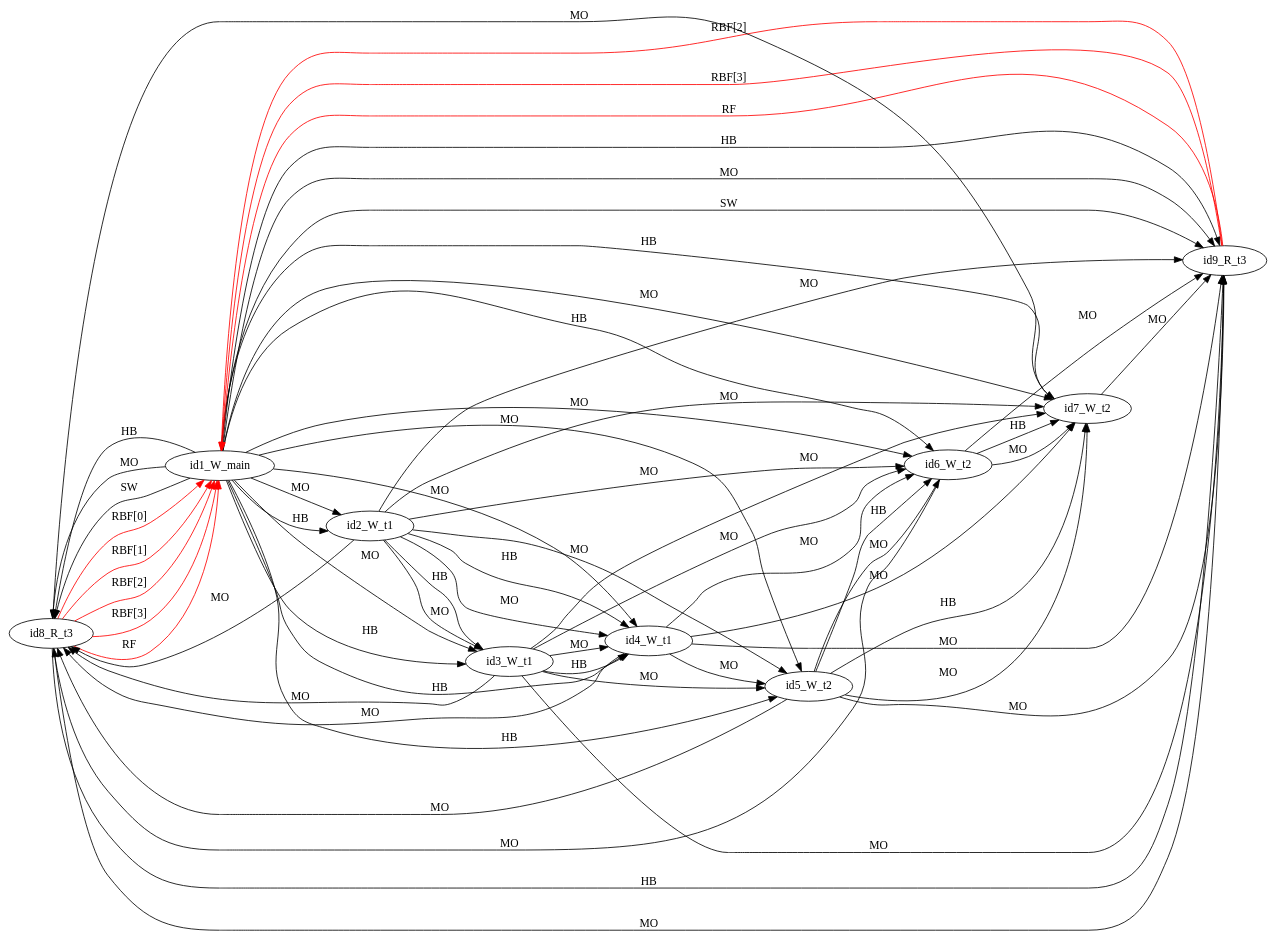
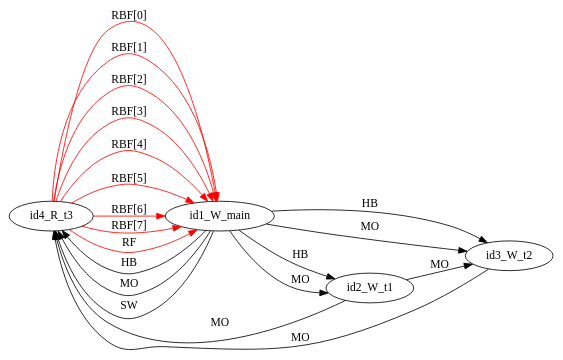
One commit to FMJS/EMME changed the diagram in examples/single_var/sv_simple09/mm1.dot. Above: the diagram before and after it, drawn with Graphviz. The commit also changed 357 other files, not shown here.

```diff
--- a/examples/single_var/sv_simple09/mm1.dot
+++ b/examples/single_var/sv_simple09/mm1.dot
@@ -1,64 +1,22 @@
 digraph memory_model {
 rankdir=LR;
-id8_R_t3 -> id1_W_main [label = "RBF[0]", color="red"];
-id8_R_t3 -> id1_W_main [label = "RBF[1]", color="red"];
-id8_R_t3 -> id1_W_main [label = "RBF[2]", color="red"];
-id8_R_t3 -> id1_W_main [label = "RBF[3]", color="red"];
-id9_R_t3 -> id1_W_main [label = "RBF[2]", color="red"];
-id9_R_t3 -> id1_W_main [label = "RBF[3]", color="red"];
-id8_R_t3 -> id1_W_main [label = "RF", color="red"];
-id9_R_t3 -> id1_W_main [label = "RF", color="red"];
-id2_W_t1 -> id3_W_t1 [label = "HB", color="black"];
-id2_W_t1 -> id4_W_t1 [label = "HB", color="black"];
-id3_W_t1 -> id4_W_t1 [label = "HB", color="black"];
-id5_W_t2 -> id6_W_t2 [label = "HB", color="black"];
-id5_W_t2 -> id7_W_t2 [label = "HB", color="black"];
-id6_W_t2 -> id7_W_t2 [label = "HB", color="black"];
-id8_R_t3 -> id9_R_t3 [label = "HB", color="black"];
+id4_R_t3 -> id1_W_main [label = "RBF[0]", color="red"];
+id4_R_t3 -> id1_W_main [label = "RBF[1]", color="red"];
+id4_R_t3 -> id1_W_main [label = "RBF[2]", color="red"];
+id4_R_t3 -> id1_W_main [label = "RBF[3]", color="red"];
+id4_R_t3 -> id1_W_main [label = "RBF[4]", color="red"];
+id4_R_t3 -> id1_W_main [label = "RBF[5]", color="red"];
+id4_R_t3 -> id1_W_main [label = "RBF[6]", color="red"];
+id4_R_t3 -> id1_W_main [label = "RBF[7]", color="red"];
+id4_R_t3 -> id1_W_main [label = "RF", color="red"];
 id1_W_main -> id2_W_t1 [label = "HB", color="black"];
-id1_W_main -> id3_W_t1 [label = "HB", color="black"];
-id1_W_main -> id4_W_t1 [label = "HB", color="black"];
-id1_W_main -> id5_W_t2 [label = "HB", color="black"];
-id1_W_main -> id6_W_t2 [label = "HB", color="black"];
-id1_W_main -> id7_W_t2 [label = "HB", color="black"];
-id1_W_main -> id8_R_t3 [label = "HB", color="black"];
-id1_W_main -> id9_R_t3 [label = "HB", color="black"];
-id2_W_t1 -> id3_W_t1 [label = "MO", color="black"];
-id2_W_t1 -> id4_W_t1 [label = "MO", color="black"];
-id3_W_t1 -> id4_W_t1 [label = "MO", color="black"];
-id5_W_t2 -> id6_W_t2 [label = "MO", color="black"];
-id5_W_t2 -> id7_W_t2 [label = "MO", color="black"];
-id6_W_t2 -> id7_W_t2 [label = "MO", color="black"];
-id8_R_t3 -> id9_R_t3 [label = "MO", color="black"];
+id1_W_main -> id3_W_t2 [label = "HB", color="black"];
+id1_W_main -> id4_R_t3 [label = "HB", color="black"];
 id1_W_main -> id2_W_t1 [label = "MO", color="black"];
-id1_W_main -> id3_W_t1 [label = "MO", color="black"];
-id1_W_main -> id4_W_t1 [label = "MO", color="black"];
-id1_W_main -> id5_W_t2 [label = "MO", color="black"];
-id1_W_main -> id6_W_t2 [label = "MO", color="black"];
-id1_W_main -> id7_W_t2 [label = "MO", color="black"];
-id1_W_main -> id8_R_t3 [label = "MO", color="black"];
-id1_W_main -> id9_R_t3 [label = "MO", color="black"];
-id2_W_t1 -> id5_W_t2 [label = "MO", color="black"];
-id2_W_t1 -> id6_W_t2 [label = "MO", color="black"];
-id2_W_t1 -> id7_W_t2 [label = "MO", color="black"];
-id2_W_t1 -> id8_R_t3 [label = "MO", color="black"];
-id2_W_t1 -> id9_R_t3 [label = "MO", color="black"];
-id3_W_t1 -> id5_W_t2 [label = "MO", color="black"];
-id3_W_t1 -> id6_W_t2 [label = "MO", color="black"];
-id3_W_t1 -> id7_W_t2 [label = "MO", color="black"];
-id3_W_t1 -> id8_R_t3 [label = "MO", color="black"];
-id3_W_t1 -> id9_R_t3 [label = "MO", color="black"];
-id4_W_t1 -> id5_W_t2 [label = "MO", color="black"];
-id4_W_t1 -> id6_W_t2 [label = "MO", color="black"];
-id4_W_t1 -> id7_W_t2 [label = "MO", color="black"];
-id4_W_t1 -> id8_R_t3 [label = "MO", color="black"];
-id4_W_t1 -> id9_R_t3 [label = "MO", color="black"];
-id5_W_t2 -> id8_R_t3 [label = "MO", color="black"];
-id5_W_t2 -> id9_R_t3 [label = "MO", color="black"];
-id6_W_t2 -> id8_R_t3 [label = "MO", color="black"];
-id6_W_t2 -> id9_R_t3 [label = "MO", color="black"];
-id7_W_t2 -> id8_R_t3 [label = "MO", color="black"];
-id7_W_t2 -> id9_R_t3 [label = "MO", color="black"];
-id1_W_main -> id8_R_t3 [label = "SW", color="black"];
-id1_W_main -> id9_R_t3 [label = "SW", color="black"];
+id1_W_main -> id3_W_t2 [label = "MO", color="black"];
+id1_W_main -> id4_R_t3 [label = "MO", color="black"];
+id2_W_t1 -> id3_W_t2 [label = "MO", color="black"];
+id2_W_t1 -> id4_R_t3 [label = "MO", color="black"];
+id3_W_t2 -> id4_R_t3 [label = "MO", color="black"];
+id1_W_main -> id4_R_t3 [label = "SW", color="black"];
 }
```
